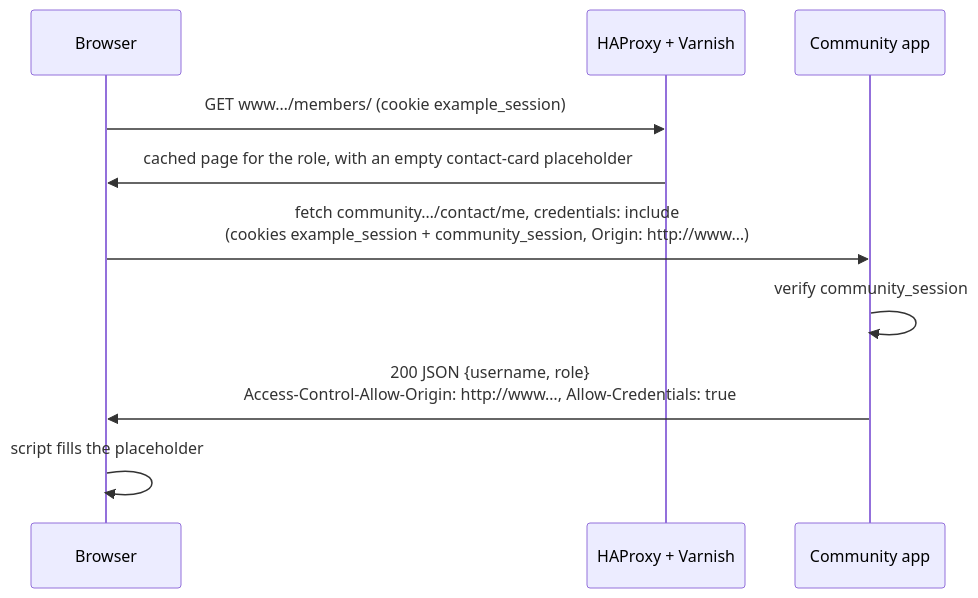
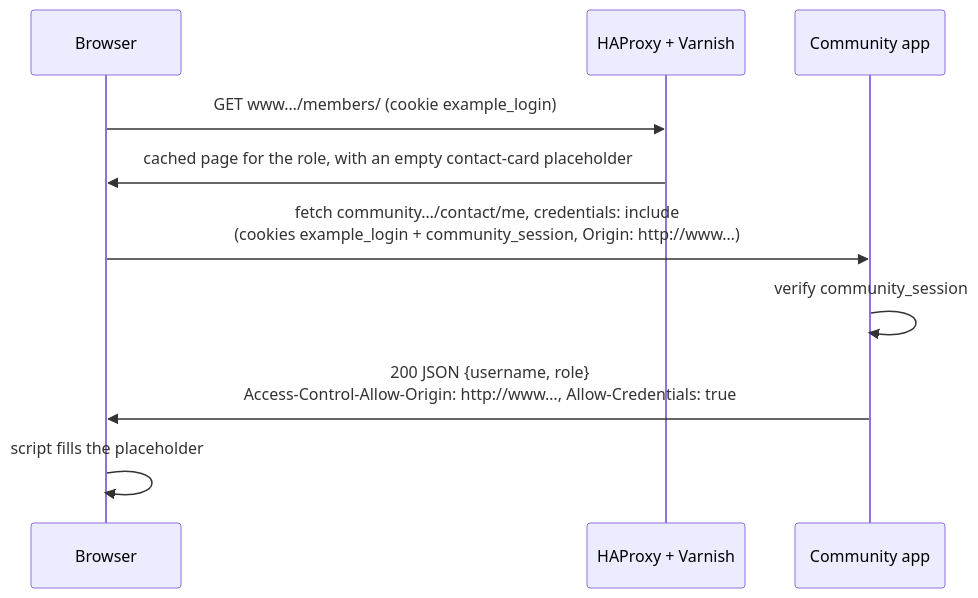
One commit to correctiv/oidc-wp-prototype changed the third of 4 diagrams in README.md. Above: the diagram before and after it, drawn with Mermaid. The commit also changed other lines of this file and 7 other files, not shown here.

First line of the commit message:
Domain-wide login cookie again, community session kept host-only

````diff
--- a/README.md
+++ b/README.md
@@ -125,12 +122,12 @@
 ```mermaid
 sequenceDiagram
     participant B as Browser
     participant H as HAProxy + Varnish
     participant C as Community app
-    B->>H: GET www…/members/ (cookie example_session)
+    B->>H: GET www…/members/ (cookie example_login)
     H->>B: cached page for the role, with an empty contact-card placeholder
-    B->>C: fetch community…/contact/me, credentials: include<br/>(cookies example_session + community_session, Origin: http://www…)
+    B->>C: fetch community…/contact/me, credentials: include<br/>(cookies example_login + community_session, Origin: http://www…)
     C->>C: verify community_session
     C->>B: 200 JSON {username, role}<br/>Access-Control-Allow-Origin: http://www…, Allow-Credentials: true
     B->>B: script fills the placeholder
 ```
````
